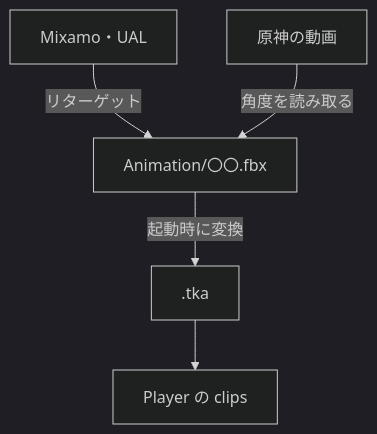
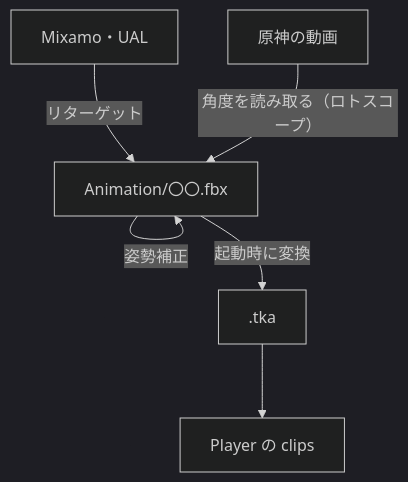
The diagram in Action/docs/ゲーム/アニメーション制作/プレイヤーのアニメーション/プレイヤーのアニメーションの設計.md (hirota-ryuki/Action), drawn with Mermaid (dark theme) before and after one commit. The commit also changed other lines of this file and 60 other files, not shown here.

````diff
--- a/Action/docs/ゲーム/アニメーション制作/プレイヤーのアニメーション/プレイヤーのアニメーションの設計.md
+++ b/Action/docs/ゲーム/アニメーション制作/プレイヤーのアニメーション/プレイヤーのアニメーションの設計.md
@@ -23,7 +25,8 @@
 ```mermaid
 flowchart TD
     M["Mixamo・UAL"] -->|リターゲット| F["Animation/〇〇.fbx"]
-    V[原神の動画] -->|角度を読み取る| F
+    V[原神の動画] -->|角度を読み取る（ロトスコープ）| F
+    F -->|姿勢補正| F
     F -->|起動時に変換| T[.tka]
     T --> G[Player の clips]
 ```
````
